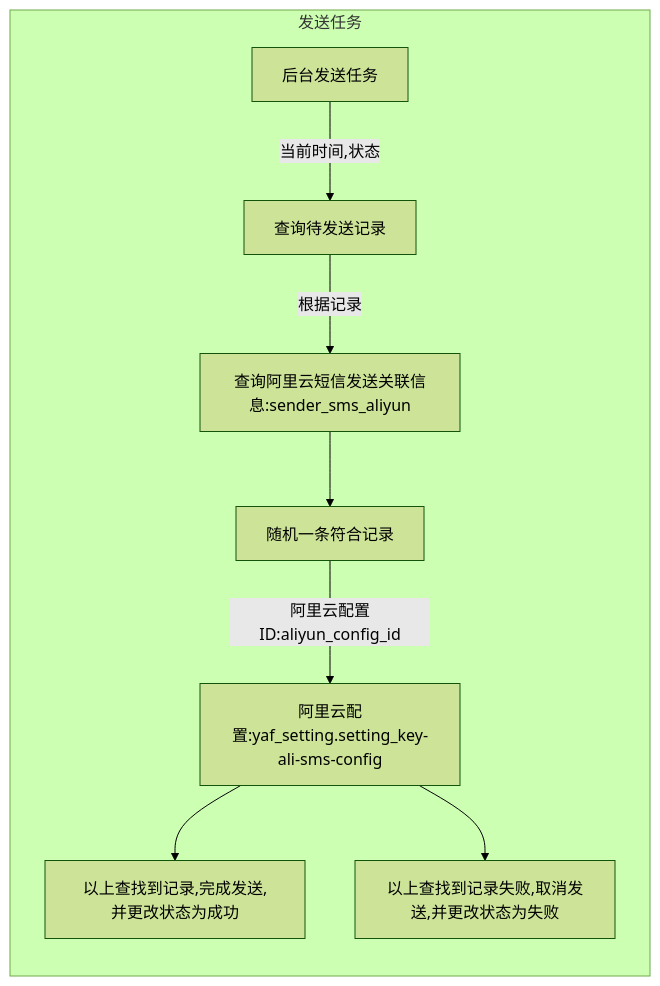
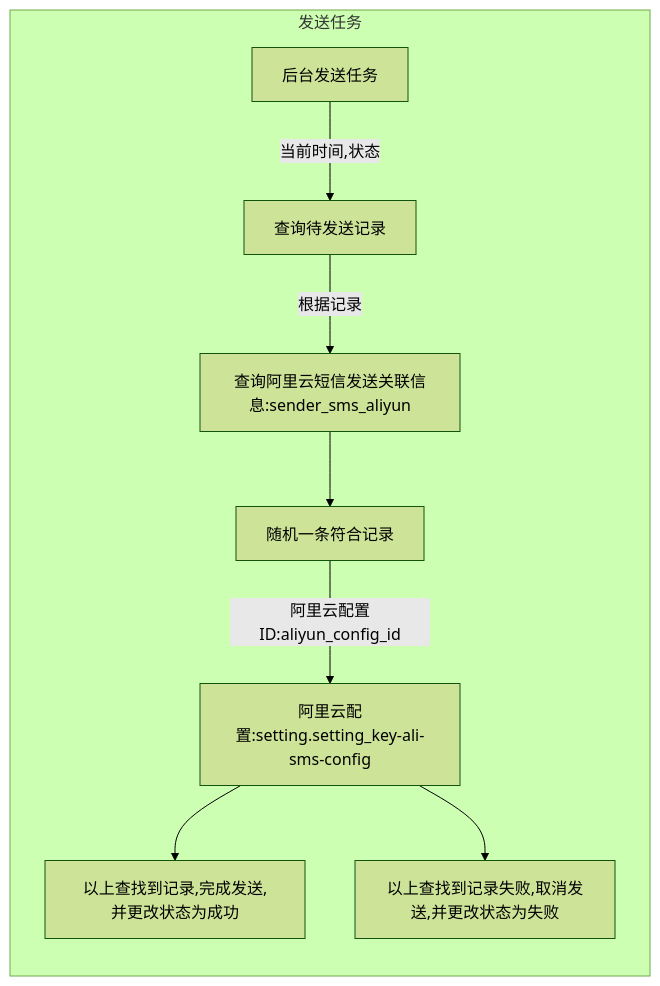
The third of 3 diagrams in server/lsys-app-sender/src/dao/sender_smser/README.MD (shanliu/lsys), drawn with Mermaid (forest theme) before and after one commit. The commit also changed 612 other files, not shown here.

````diff
--- a/server/lsys-app-sender/src/dao/sender_smser/README.MD
+++ b/server/lsys-app-sender/src/dao/sender_smser/README.MD
@@ -42,8 +42,8 @@
 ```mermaid
 flowchart LR
     subgraph task[发送任务]
-        后台发送任务 -- 当前时间,状态-->查询待发送记录--根据记录 --> 查询阿里云短信发送关联信息:sender_sms_aliyun --> 随机一条符合记录 -- 阿里云配置ID:aliyun_config_id --> 阿里云配置:yaf_setting.setting_key-ali-sms-config
-        阿里云配置:yaf_setting.setting_key-ali-sms-config --> 以上查找到记录,完成发送,并更改状态为成功
-        阿里云配置:yaf_setting.setting_key-ali-sms-config --> 以上查找到记录失败,取消发送,并更改状态为失败
+        后台发送任务 -- 当前时间,状态-->查询待发送记录--根据记录 --> 查询阿里云短信发送关联信息:sender_sms_aliyun --> 随机一条符合记录 -- 阿里云配置ID:aliyun_config_id --> 阿里云配置:setting.setting_key-ali-sms-config
+        阿里云配置:setting.setting_key-ali-sms-config --> 以上查找到记录,完成发送,并更改状态为成功
+        阿里云配置:setting.setting_key-ali-sms-config --> 以上查找到记录失败,取消发送,并更改状态为失败
     end
 ```
````
